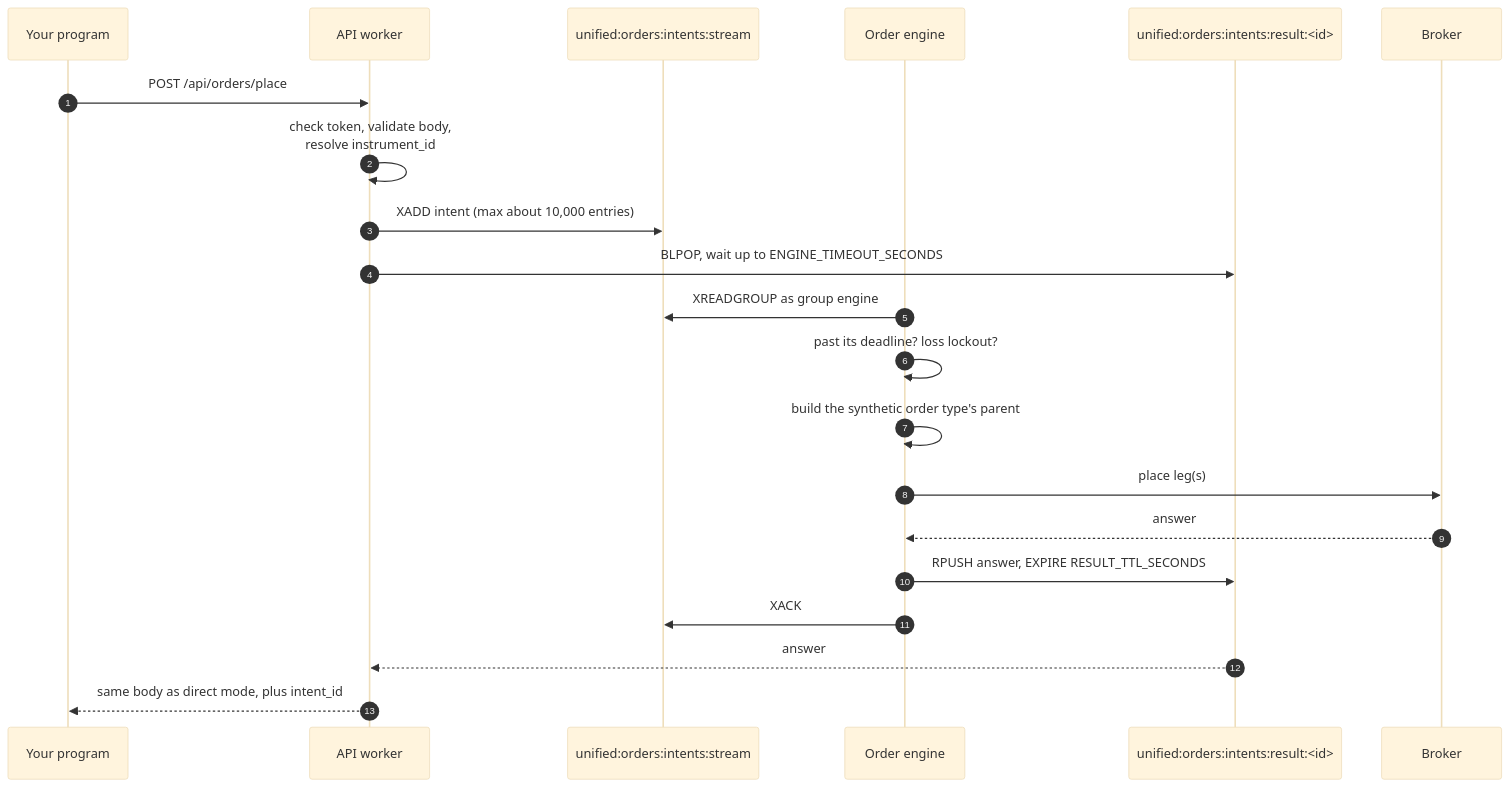
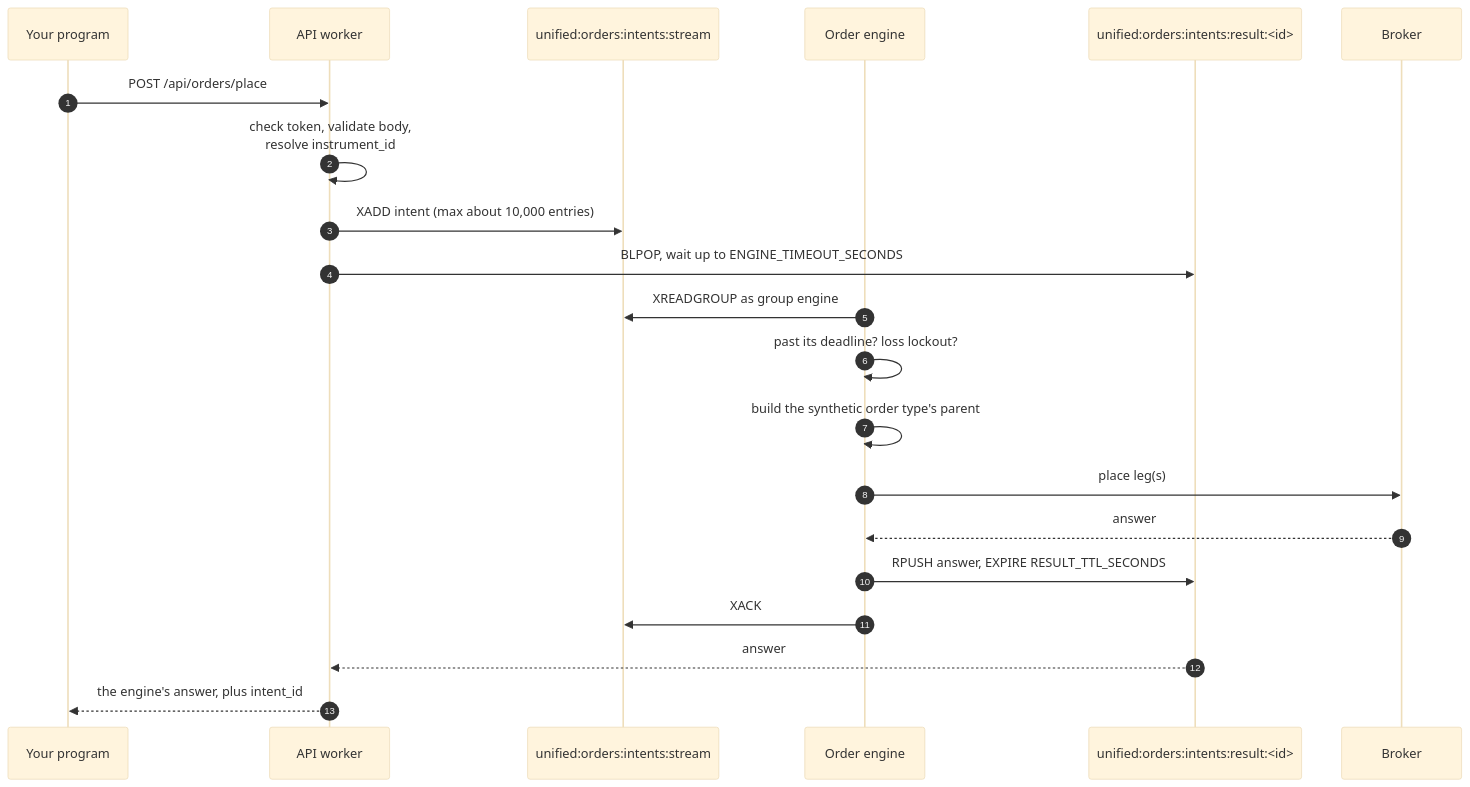
One commit to pramodathani/unified_broker_interface changed the first of 2 diagrams in docs/rest-api/order-engine.md. Above: the diagram before and after it, drawn with Mermaid (base theme). The commit also changed other lines of this file and 33 other files, not shown here.

````diff
--- a/docs/rest-api/order-engine.md
+++ b/docs/rest-api/order-engine.md
@@ -38,23 +28,23 @@
 ```mermaid
 sequenceDiagram
     autonumber
     participant C as Your program
     participant A as API worker
     participant S as unified:orders:intents:stream
     participant E as Order engine
     participant L as unified:orders:intents:result:<id>
     participant B as Broker
     C->>A: POST /api/orders/place
     A->>A: check token, validate body,<br/>resolve instrument_id
     A->>S: XADD intent (max about 10,000 entries)
     A->>L: BLPOP, wait up to ENGINE_TIMEOUT_SECONDS
     E->>S: XREADGROUP as group engine
     E->>E: past its deadline? loss lockout?
     E->>E: build the synthetic order type's parent
     E->>B: place leg(s)
     B-->>E: answer
     E->>L: RPUSH answer, EXPIRE RESULT_TTL_SECONDS
     E->>S: XACK
     L-->>A: answer
-    A-->>C: same body as direct mode, plus intent_id
+    A-->>C: the engine's answer, plus intent_id
 ```
````
